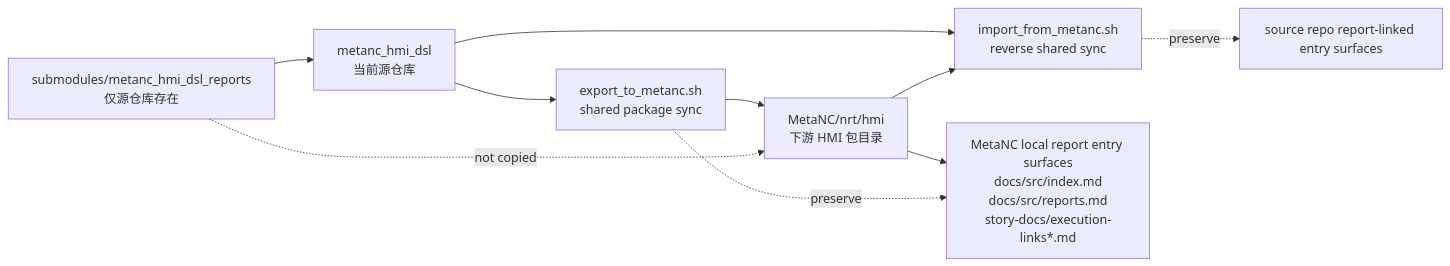
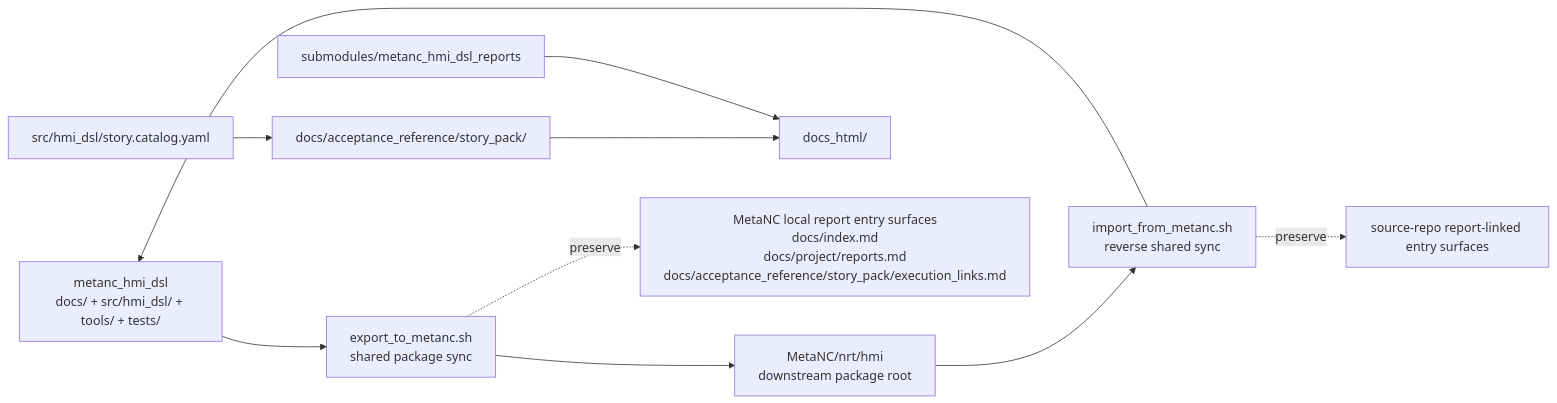
Before and after one commit to luppiterw/metanc_hmi_dsl_reports: the first of 3 diagrams in 2026-04-20-codex-session/architecture-diagram.md, drawn with Mermaid. The commit also changed other lines of this file and 6 other files, not shown here.

````diff
--- a/2026-04-20-codex-session/architecture-diagram.md
+++ b/2026-04-20-codex-session/architecture-diagram.md
@@ -5,14 +5,14 @@
 ```mermaid
 flowchart LR
-    SRC["metanc_hmi_dsl<br/>当前源仓库"] --> EXPORT["export_to_metanc.sh<br/>shared package sync"]
-    SRC --> IMPORT["import_from_metanc.sh<br/>reverse shared sync"]
-    EXPORT --> PKG["MetaNC/nrt/hmi<br/>下游 HMI 包目录"]
-    PKG --> IMPORT
+    SRC["metanc_hmi_dsl<br/>docs/ + src/hmi_dsl/ + tools/ + tests/"] --> EXPORT["export_to_metanc.sh<br/>shared package sync"]
+    PKG["MetaNC/nrt/hmi<br/>downstream package root"] --> IMPORT["import_from_metanc.sh<br/>reverse shared sync"]
+    EXPORT --> PKG
+    IMPORT --> SRC
 
-    REPORTS["submodules/metanc_hmi_dsl_reports<br/>仅源仓库存在"] --> SRC
-    REPORTS -.not copied.-> PKG
+    CATALOG["src/hmi_dsl/story.catalog.yaml"] --> STORY["docs/acceptance_reference/story_pack/"]
+    STORY --> DOCSHTML["docs_html/"]
+    REPORTS["submodules/metanc_hmi_dsl_reports"] --> DOCSHTML
 
-    PKG --> LOCALDOCS["MetaNC local report entry surfaces<br/>docs/src/index.md<br/>docs/src/reports.md<br/>story-docs/execution-links*.md"]
-    EXPORT -.preserve.-> LOCALDOCS
-    IMPORT -.preserve.-> SRCLOCAL["source repo report-linked entry surfaces"]
+    EXPORT -.preserve.-> LOCAL["MetaNC local report entry surfaces<br/>docs/index.md<br/>docs/project/reports.md<br/>docs/acceptance_reference/story_pack/execution_links.md"]
+    IMPORT -.preserve.-> SRCLOCAL["source-repo report-linked entry surfaces"]
 ```
````
